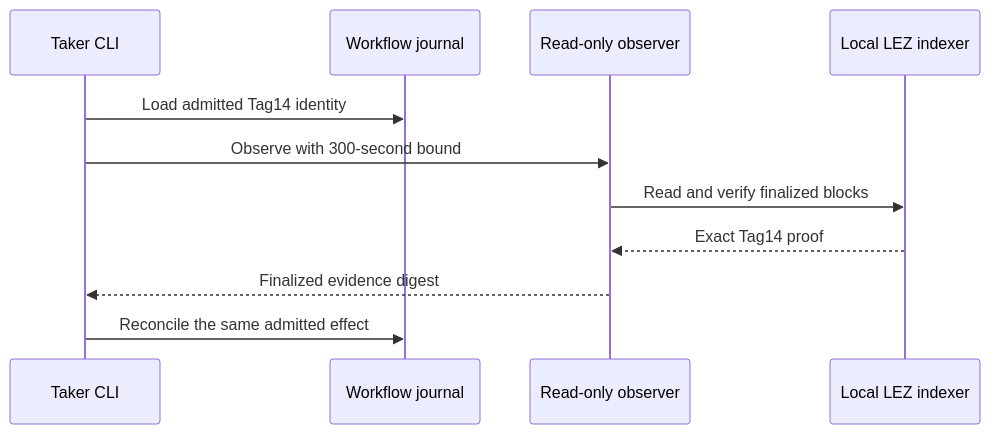
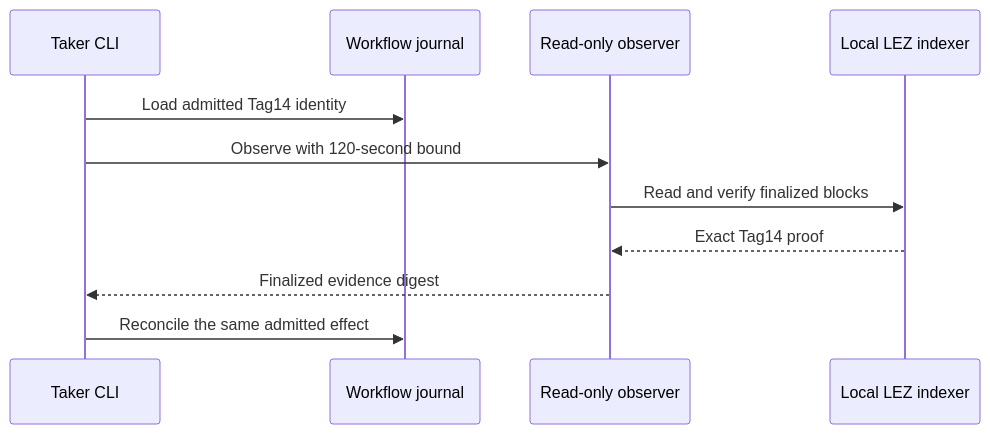
Before and after one commit to gateway-fm/lez-atomic-swaps: the second of 2 diagrams in docs/architecture/0205-bound-exact-xmr-finality-observation-separately.md, drawn with Mermaid. The commit also changed other lines of this file and 12 other files, not shown here.

````diff
--- a/docs/architecture/0205-bound-exact-xmr-finality-observation-separately.md
+++ b/docs/architecture/0205-bound-exact-xmr-finality-observation-separately.md
@@ -38,13 +43,13 @@
 ```mermaid
 sequenceDiagram
     participant C as Taker CLI
     participant J as Workflow journal
     participant O as Read-only observer
     participant L as Local LEZ indexer
     C->>J: Load admitted Tag14 identity
-    C->>O: Observe with 300-second bound
+    C->>O: Observe with 120-second bound
     O->>L: Read and verify finalized blocks
     L-->>O: Exact Tag14 proof
     O-->>C: Finalized evidence digest
     C->>J: Reconcile the same admitted effect
 ```
````
